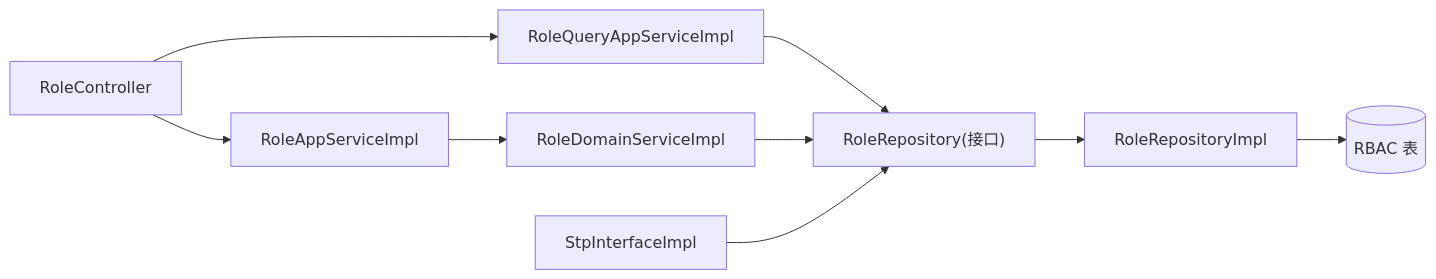
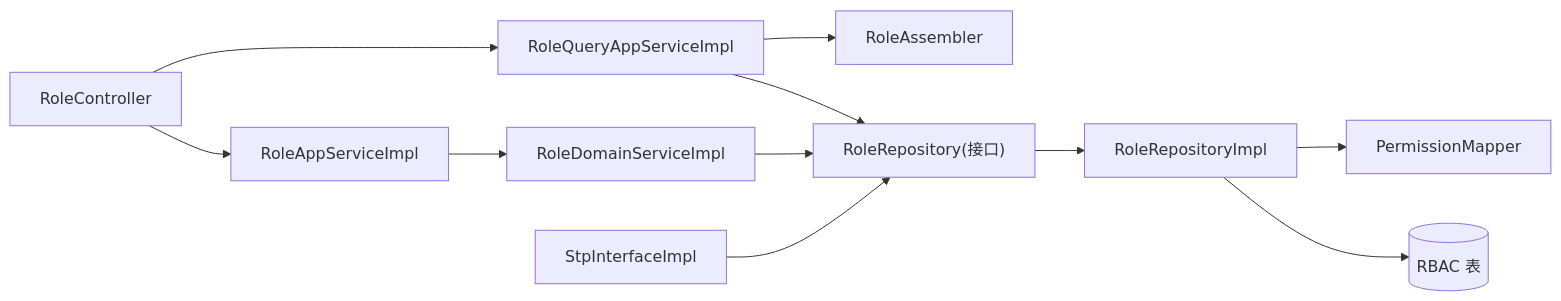
One commit to sunnaoxixi/spring-ddd-template changed the eighth of 8 diagrams in .qoder/repowiki/zh/content/核心业务模块/角色权限管理模块.md. Above: the diagram before and after it, drawn with Mermaid. The commit also changed other lines of this file and 91 other files, not shown here.

````diff
--- a/.qoder/repowiki/zh/content/核心业务模块/角色权限管理模块.md
+++ b/.qoder/repowiki/zh/content/核心业务模块/角色权限管理模块.md
@@ -387,11 +469,13 @@
 ```mermaid
 graph LR
 RC["RoleController"] --> RA["RoleAppServiceImpl"]
 RC --> RQ["RoleQueryAppServiceImpl"]
+RQ --> RAS["RoleAssembler"]
 RA --> RS["RoleDomainServiceImpl"]
 RQ --> RR["RoleRepository(接口)"]
 RS --> RR
 RR --> RRI["RoleRepositoryImpl"]
+RRI --> PM["PermissionMapper"]
 RRI --> DB[("RBAC 表")]
 STP["StpInterfaceImpl"] --> RR
 ```
````
